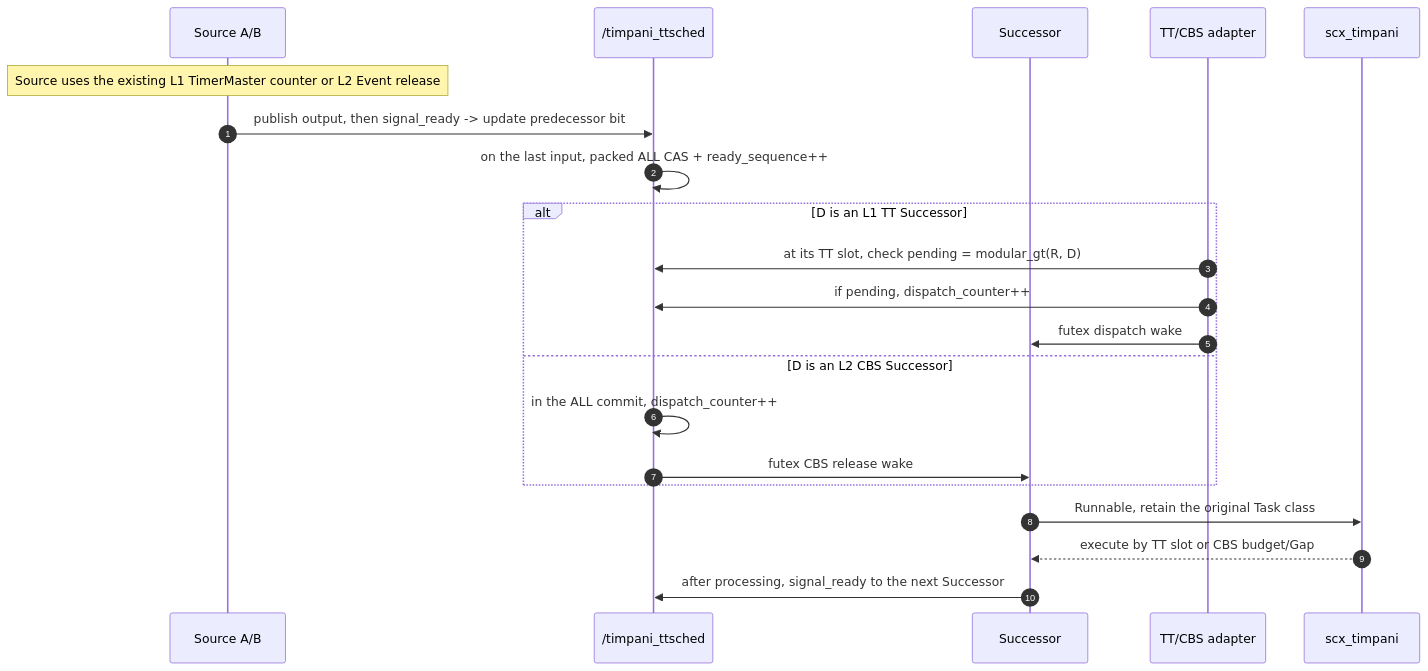
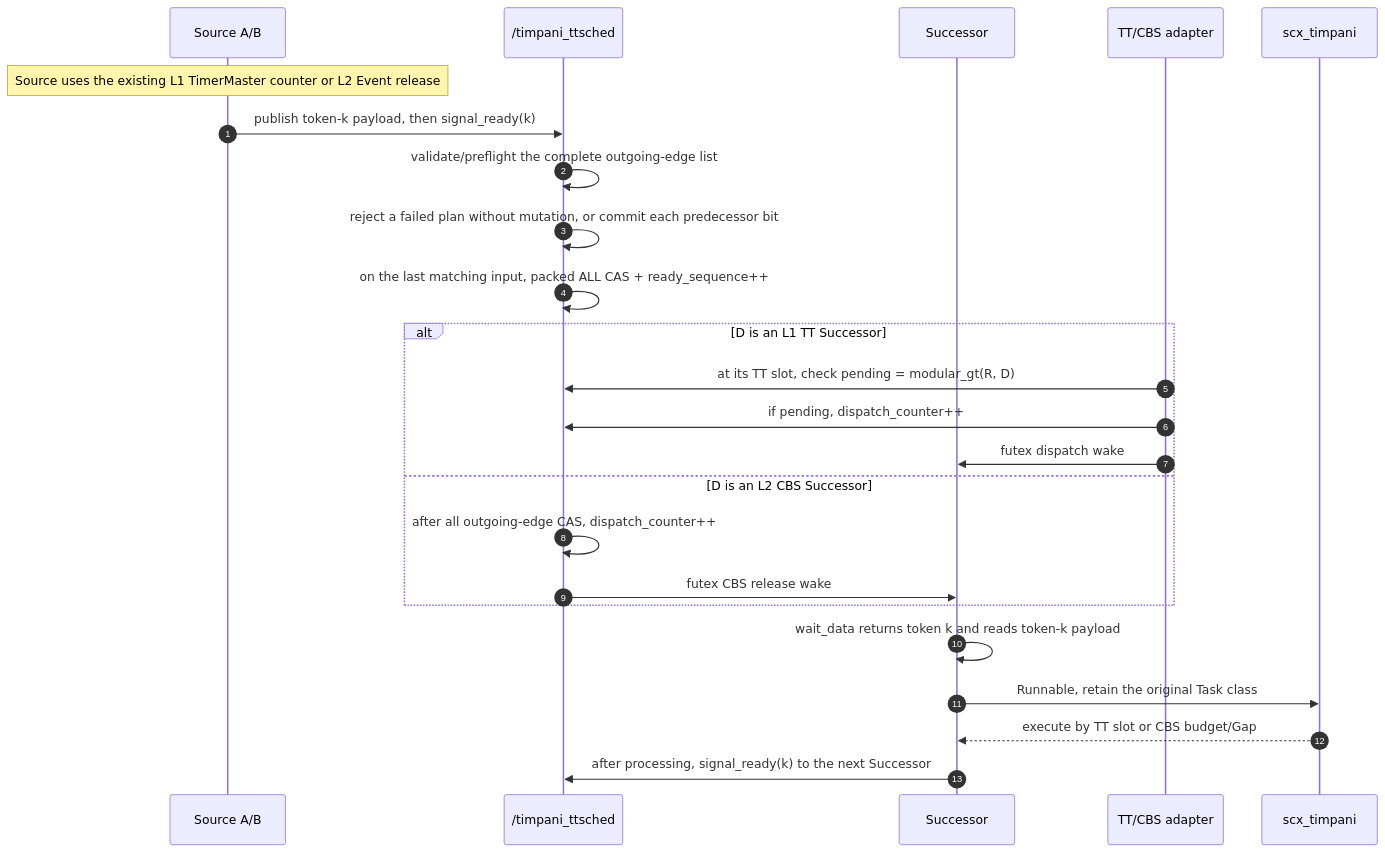
One commit to eclipse-timpani/timpani26 changed the third of 4 diagrams in doc/design/HLD-009-data-driven-workload.md. Above: the diagram before and after it, drawn with Mermaid. The commit also changed other lines of this file and 9 other files, not shown here.

````diff
--- a/doc/design/HLD-009-data-driven-workload.md
+++ b/doc/design/HLD-009-data-driven-workload.md
@@ -110,24 +115,27 @@
 ```mermaid
 sequenceDiagram
     autonumber
     participant P as Source A/B
     participant SHM as /timpani_ttsched
     participant D as Successor
     participant A as TT/CBS adapter
     participant BPF as scx_timpani
 
     Note over P: Source uses the existing L1 TimerMaster counter or L2 Event release
-    P->>SHM: publish output, then signal_ready -> update predecessor bit
-    SHM->>SHM: on the last input, packed ALL CAS + ready_sequence++
+    P->>SHM: publish token-k payload, then signal_ready(k)
+    SHM->>SHM: validate/preflight the complete outgoing-edge list
+    SHM->>SHM: reject a failed plan without mutation, or commit each predecessor bit
+    SHM->>SHM: on the last matching input, packed ALL CAS + ready_sequence++
     alt D is an L1 TT Successor
         A->>SHM: at its TT slot, check pending = modular_gt(R, D)
         A->>SHM: if pending, dispatch_counter++
         A->>D: futex dispatch wake
     else D is an L2 CBS Successor
-        SHM->>SHM: in the ALL commit, dispatch_counter++
+        SHM->>SHM: after all outgoing-edge CAS, dispatch_counter++
         SHM->>D: futex CBS release wake
     end
+    D->>D: wait_data returns token k and reads token-k payload
     D->>BPF: Runnable, retain the original Task class
     BPF-->>D: execute by TT slot or CBS budget/Gap
-    D->>SHM: after processing, signal_ready to the next Successor
+    D->>SHM: after processing, signal_ready(k) to the next Successor
 ```
````
